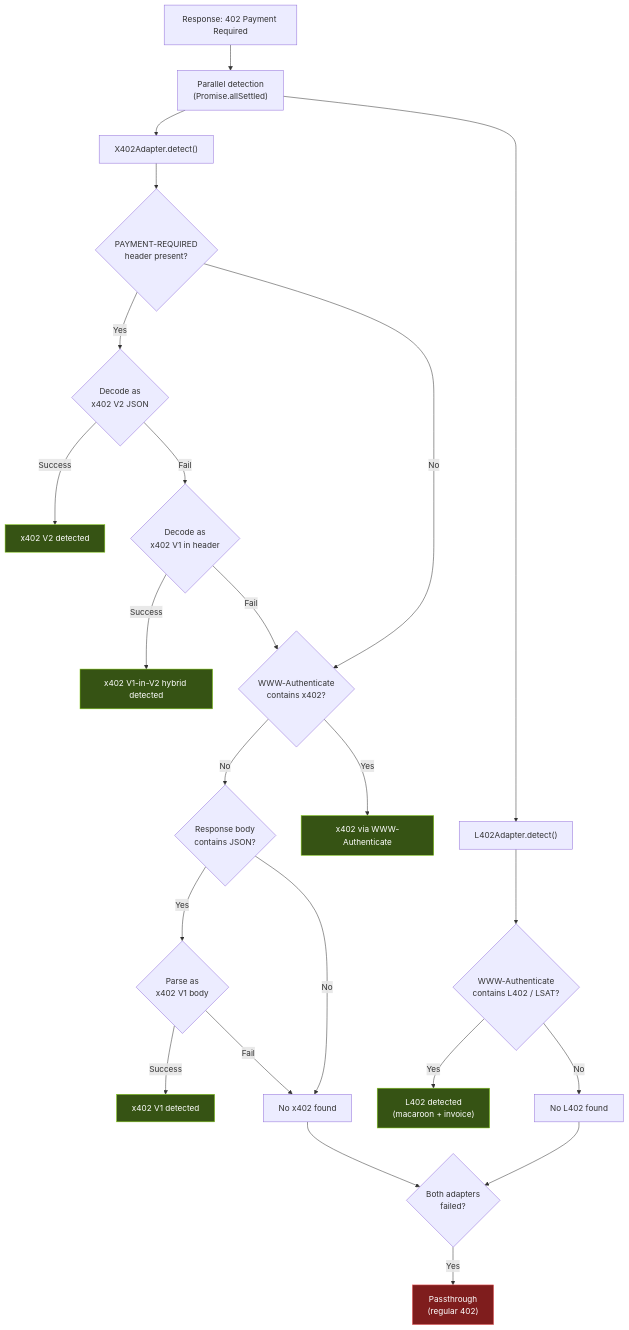
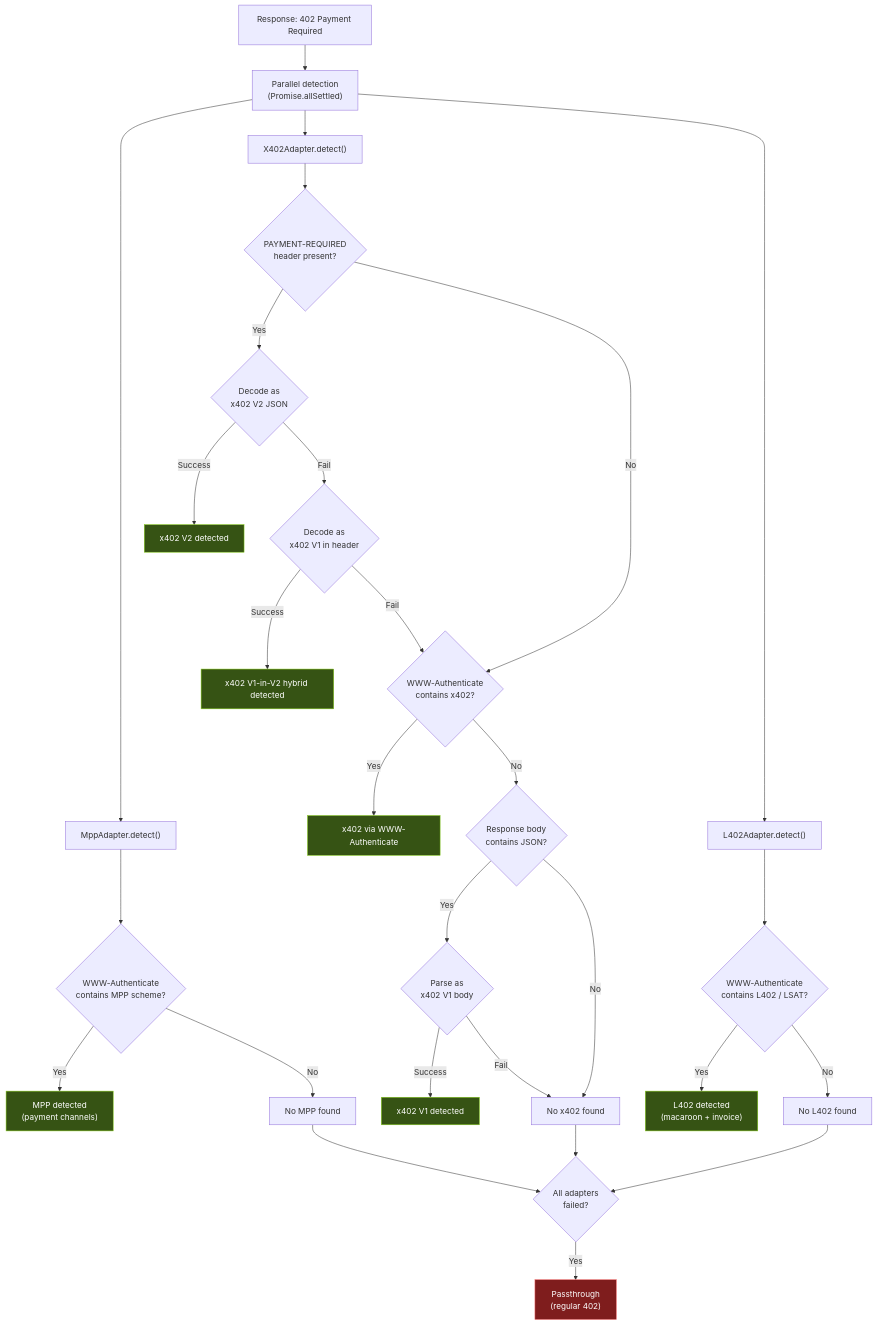
Before and after one commit to leventilo/boltzpay: the diagram in apps/docs-mintlify/concepts/protocol-detection.mdx, drawn with Mermaid. The commit also changed other lines of this file and 17 other files, not shown here.

````diff
--- a/apps/docs-mintlify/concepts/protocol-detection.mdx
+++ b/apps/docs-mintlify/concepts/protocol-detection.mdx
@@ -10,41 +10,48 @@
 ```mermaid
 flowchart TD
     Start["Response: 402 Payment Required"] --> Par["Parallel detection<br/>(Promise.allSettled)"]
 
+    Par --> MPP["MppAdapter.detect()"]
     Par --> X402["X402Adapter.detect()"]
     Par --> L402A["L402Adapter.detect()"]
+
+    MPP --> MPPWWW{"WWW-Authenticate<br/>contains MPP scheme?"}
+    MPPWWW -- Yes --> MPPDone["MPP detected<br/>(payment channels)"]
+    MPPWWW -- No --> MPPFail["No MPP found"]
 
     X402 --> H1{"PAYMENT-REQUIRED<br/>header present?"}
 
     H1 -- Yes --> V2{"Decode as<br/>x402 V2 JSON"}
     V2 -- Success --> Done["x402 V2 detected"]
     V2 -- Fail --> V1H{"Decode as<br/>x402 V1 in header"}
     V1H -- Success --> Hybrid["x402 V1-in-V2 hybrid detected"]
     V1H -- Fail --> WWW
 
     H1 -- No --> WWW{"WWW-Authenticate<br/>contains x402?"}
     WWW -- Yes --> WWWx402["x402 via WWW-Authenticate"]
     WWW -- No --> Body{"Response body<br/>contains JSON?"}
 
     Body -- Yes --> V1B{"Parse as<br/>x402 V1 body"}
     V1B -- Success --> V1["x402 V1 detected"]
     V1B -- Fail --> X402Fail["No x402 found"]
 
     Body -- No --> X402Fail
 
     L402A --> L402WWW{"WWW-Authenticate<br/>contains L402 / LSAT?"}
     L402WWW -- Yes --> L402Done["L402 detected<br/>(macaroon + invoice)"]
     L402WWW -- No --> L402Fail["No L402 found"]
 
+    MPPFail --> Pass
     X402Fail --> Pass
     L402Fail --> Pass
-    Pass{"Both adapters<br/>failed?"}
+    Pass{"All adapters<br/>failed?"}
     Pass -- Yes --> Passthrough["Passthrough<br/>(regular 402)"]
 
+    style MPPDone fill:#365314,stroke:#84cc16,color:#fff
     style Done fill:#365314,stroke:#84cc16,color:#fff
     style Hybrid fill:#365314,stroke:#84cc16,color:#fff
     style WWWx402 fill:#365314,stroke:#84cc16,color:#fff
     style L402Done fill:#365314,stroke:#84cc16,color:#fff
     style V1 fill:#365314,stroke:#84cc16,color:#fff
     style Passthrough fill:#7f1d1d,stroke:#f87171,color:#fff
 ```
````
